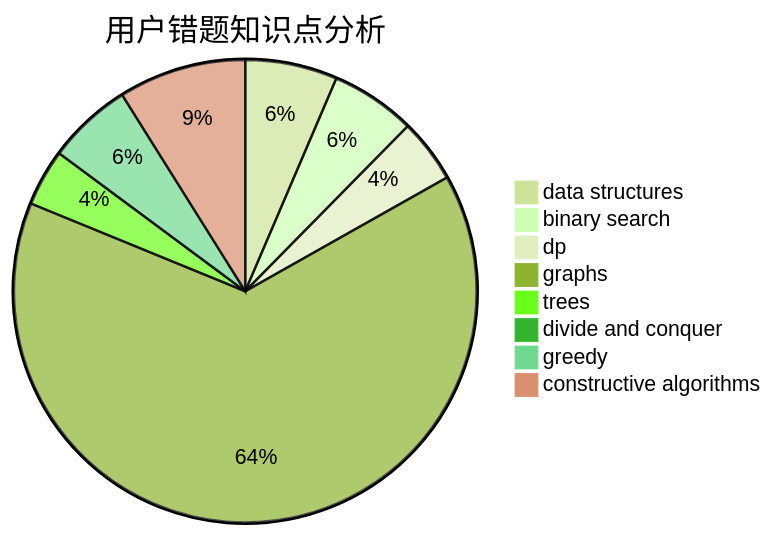
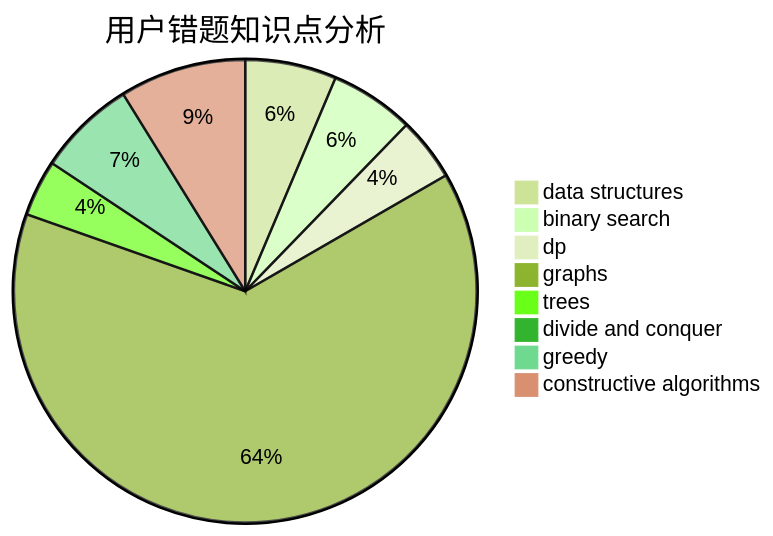
Before and after one commit to sherpahu/cfrs.github.io: the third of 3 diagrams in docs/user/u265.md, drawn with Mermaid (forest theme). The commit also changed other lines of this file and 2770 other files, not shown here.

````diff
--- a/docs/user/u265.md
+++ b/docs/user/u265.md
@@ -36,11 +36,11 @@
 ```mermaid
 pie title 用户错题知识点分析
     "data structures" :  13
     "binary search" :  12
     "dp" :  9
     "graphs" :  130
     "trees" :  8
     "divide and conquer" :  0
-    "greedy" :  12
+    "greedy" :  14
     "constructive algorithms" :  18
 ```
````
